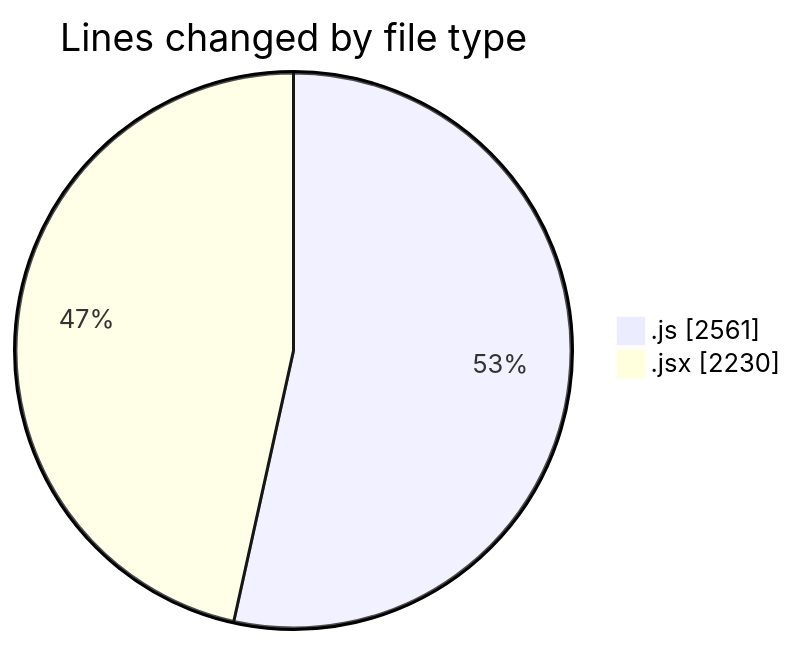
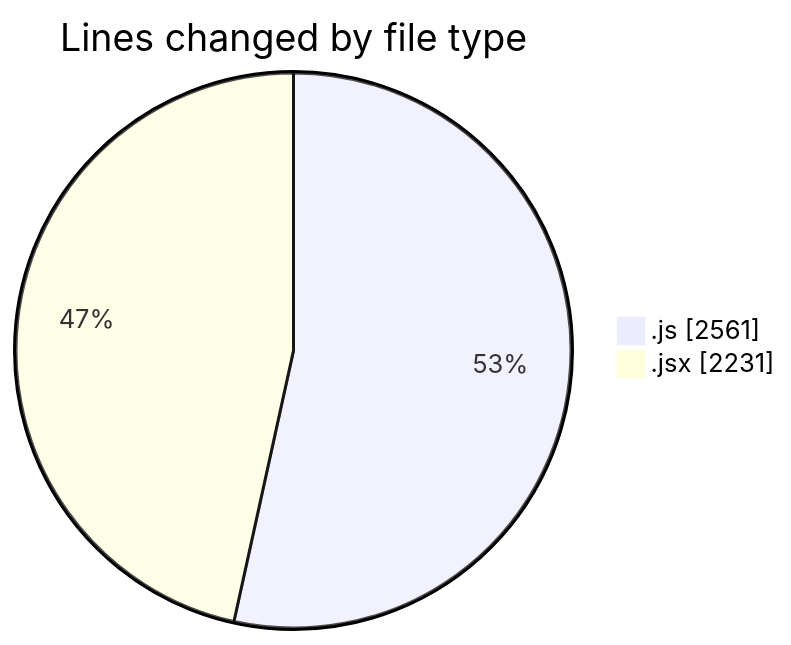
The first of 2 diagrams in 2025-08-28/nxtqube_webapp/README.md (nxtqubesakshisongat/code-tracking), drawn with Mermaid before and after one commit. The commit also changed other lines of this file and 1 other file, not shown here.

````diff
--- a/2025-08-28/nxtqube_webapp/README.md
+++ b/2025-08-28/nxtqube_webapp/README.md
@@ -25,6 +25,6 @@
 ```mermaid
 pie showData
 title Lines changed by file type
 ".js" : 2561
-".jsx" : 2230
+".jsx" : 2231
 ```
````
